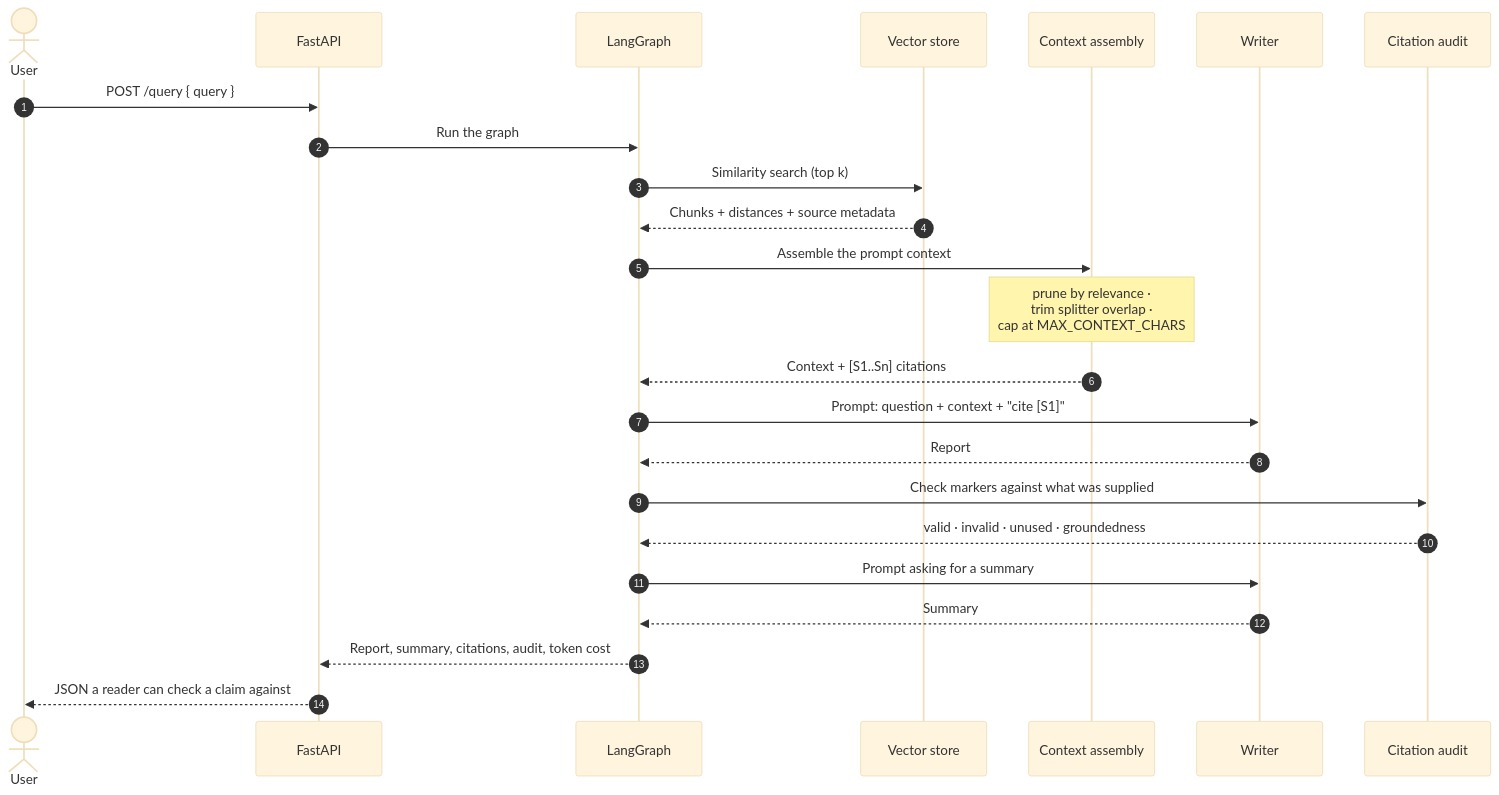
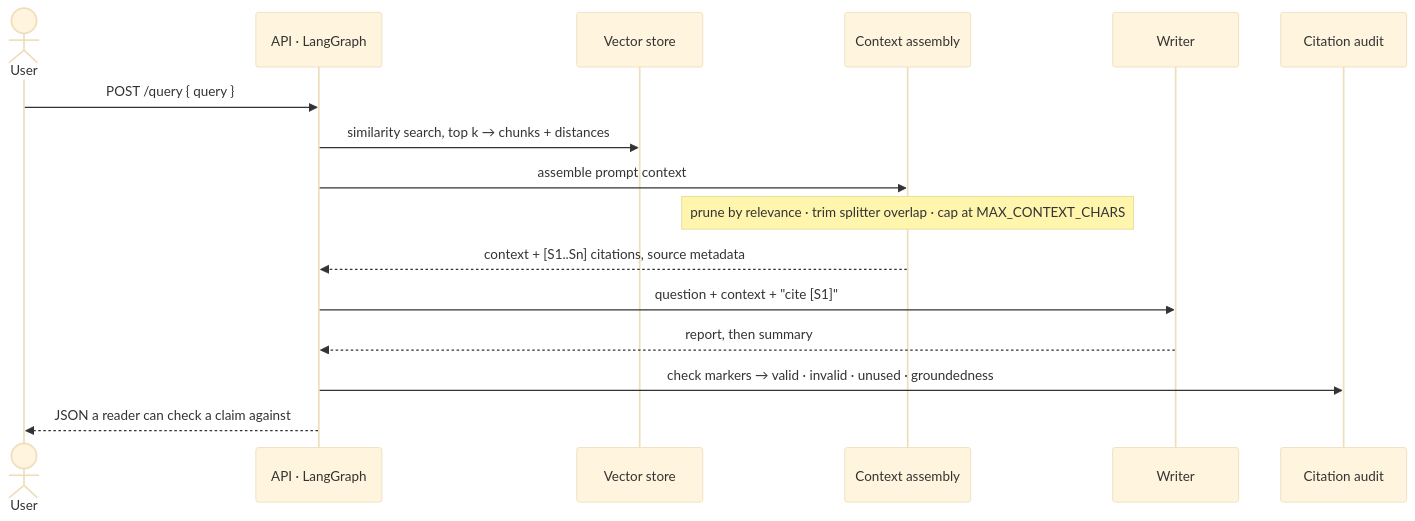
Before and after one commit to dev-sas002/rag-report-composer: the diagram in README.md, drawn with Mermaid (base theme). The commit also changed other lines of this file, not shown here.

````diff
--- a/README.md
+++ b/README.md
@@ -178,27 +60,18 @@
 ```mermaid
 sequenceDiagram
-    autonumber
     actor U as User
-    participant API as FastAPI
-    participant G as LangGraph
+    participant G as API · LangGraph
     participant V as Vector store
     participant C as Context assembly
     participant W as Writer
     participant A as Citation audit
-
-    U->>API: POST /query { query }
-    API->>G: Run the graph
-    G->>V: Similarity search (top k)
-    V-->>G: Chunks + distances + source metadata
-    G->>C: Assemble the prompt context
-    Note over C: prune by relevance ·<br/>trim splitter overlap ·<br/>cap at MAX_CONTEXT_CHARS
-    C-->>G: Context + [S1..Sn] citations
-    G->>W: Prompt: question + context + "cite [S1]"
-    W-->>G: Report
-    G->>A: Check markers against what was supplied
-    A-->>G: valid · invalid · unused · groundedness
-    G->>W: Prompt asking for a summary
-    W-->>G: Summary
-    G-->>API: Report, summary, citations, audit, token cost
-    API-->>U: JSON a reader can check a claim against
+    U->>G: POST /query { query }
+    G->>V: similarity search, top k → chunks + distances
+    G->>C: assemble prompt context
+    Note over C: prune by relevance · trim splitter overlap · cap at MAX_CONTEXT_CHARS
+    C-->>G: context + [S1..Sn] citations, source metadata
+    G->>W: question + context + "cite [S1]"
+    W-->>G: report, then summary
+    G->>A: check markers → valid · invalid · unused · groundedness
+    G-->>U: JSON a reader can check a claim against
 ```
````
